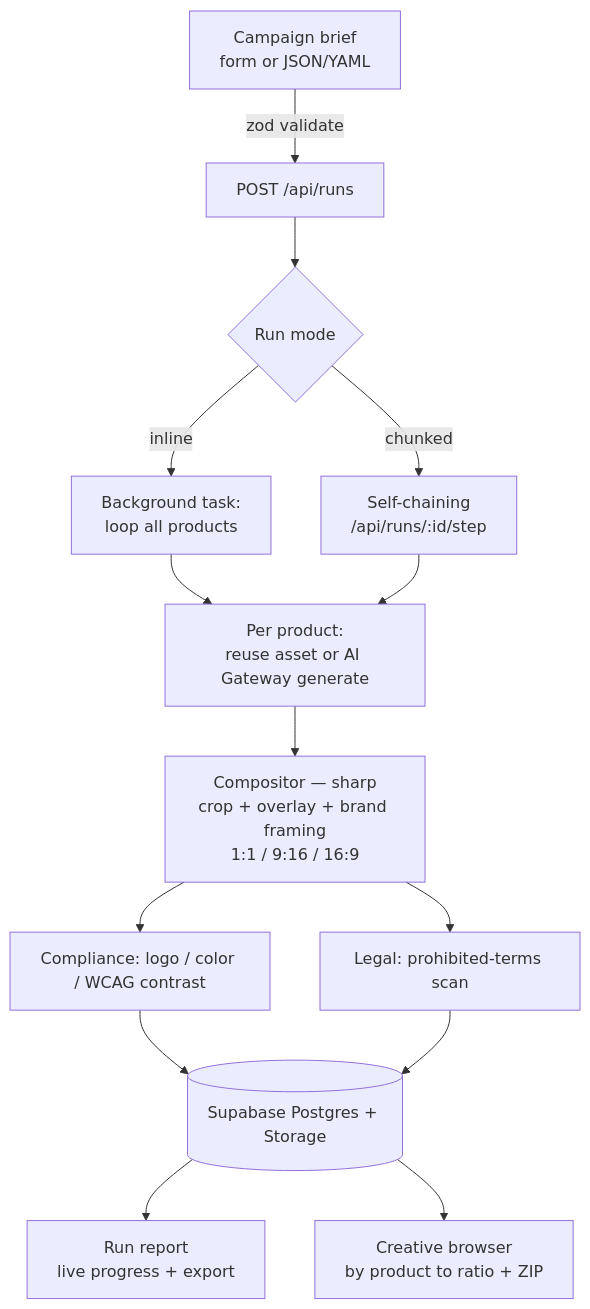
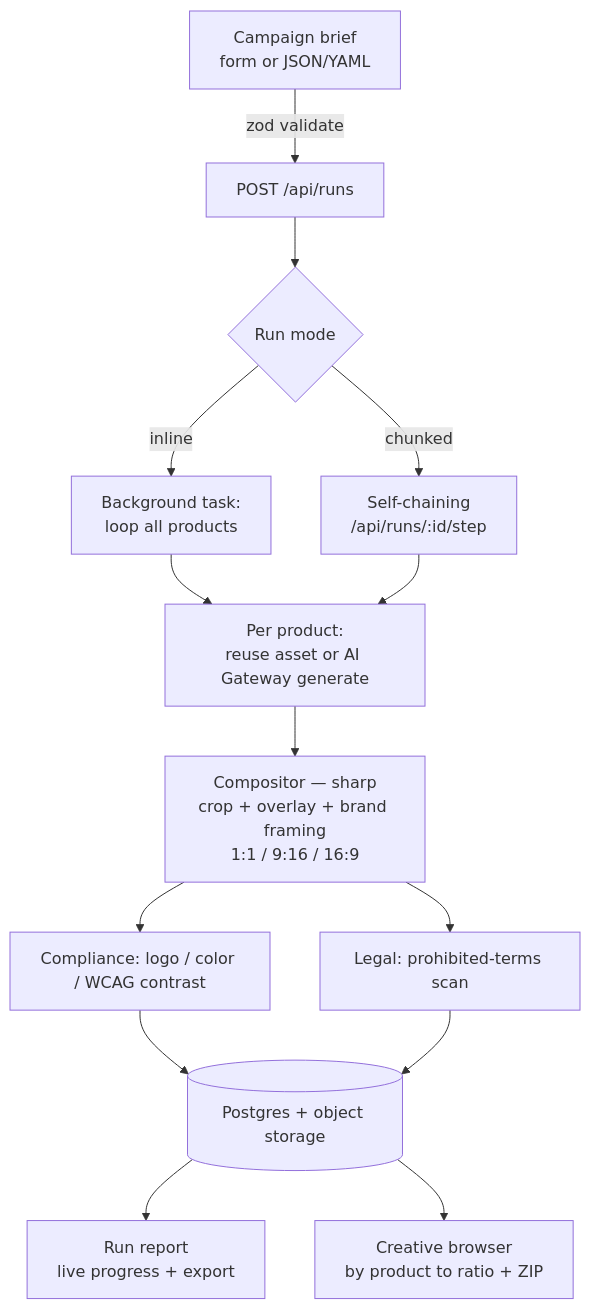
Before and after one commit to The-Tech-Margin/brand-aid-pipeline: the diagram in README.md, drawn with Mermaid. The commit also changed other lines of this file, not shown here.

````diff
--- a/README.md
+++ b/README.md
@@ -46,16 +47,16 @@
 ```mermaid
 flowchart TD
   A[Campaign brief<br/>form or JSON/YAML] -->|zod validate| B[POST /api/runs]
   B --> C{Run mode}
   C -->|inline| D[Background task:<br/>loop all products]
   C -->|chunked| E[Self-chaining<br/>/api/runs/:id/step]
   D --> F[Per product:<br/>reuse asset or AI Gateway generate]
   E --> F
   F --> G[Compositor — sharp<br/>crop + overlay + brand framing<br/>1:1 / 9:16 / 16:9]
   G --> H[Compliance: logo / color / WCAG contrast]
   G --> I[Legal: prohibited-terms scan]
-  H --> J[(Supabase Postgres + Storage)]
+  H --> J[(Postgres + object storage)]
   I --> J
   J --> K[Run report<br/>live progress + export]
   J --> L[Creative browser<br/>by product to ratio + ZIP]
 ```
````
